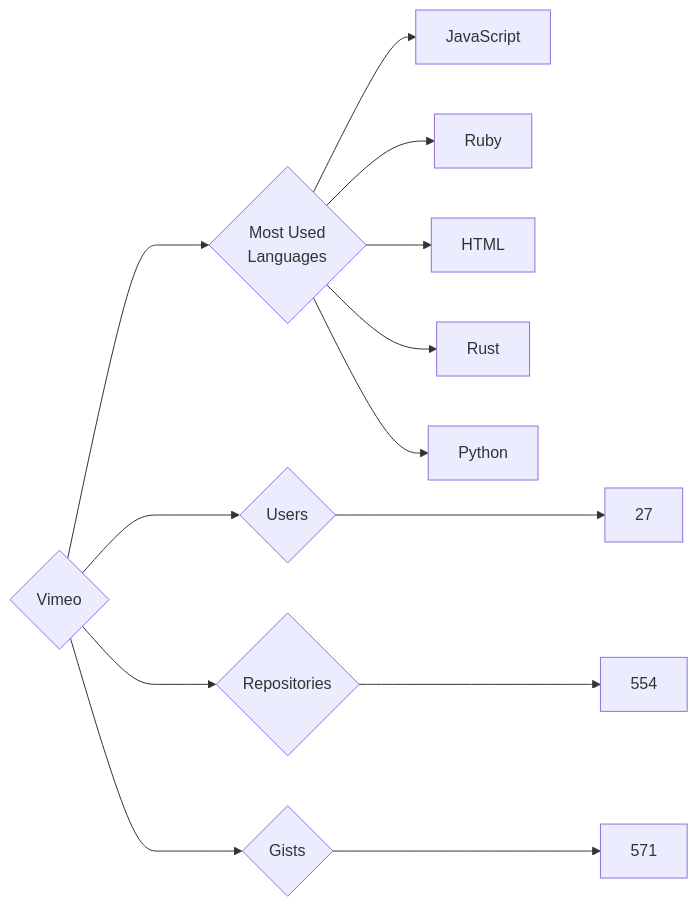
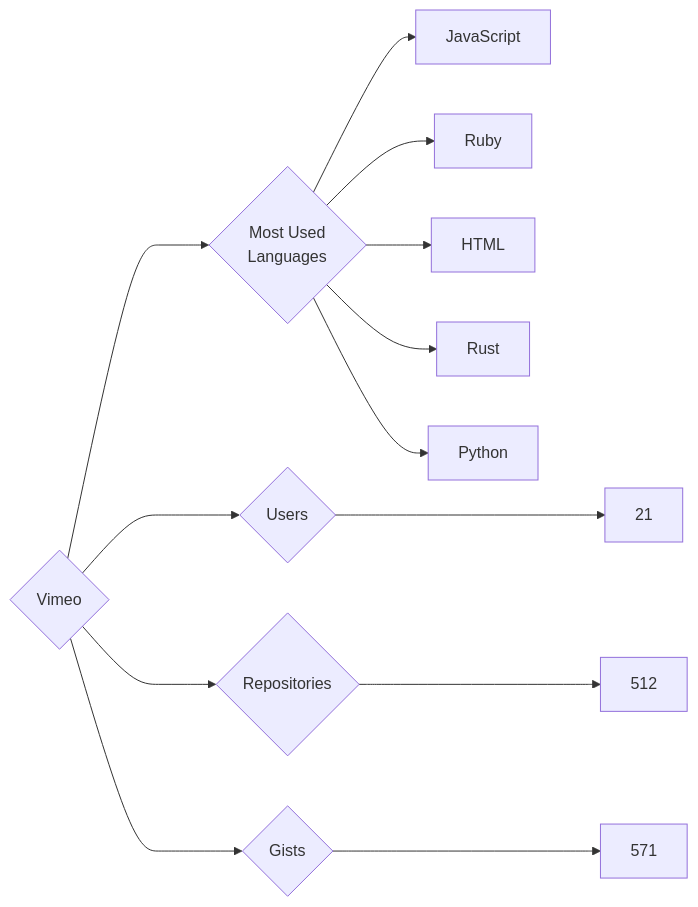
The diagram in targets/Vimeo/README.md (trickest/insiders), drawn with Mermaid before and after one commit. The commit also changed 725 other files, not shown here.

````diff
--- a/targets/Vimeo/README.md
+++ b/targets/Vimeo/README.md
@@ -3,13 +3,13 @@
 ```mermaid
 graph LR
 COMPANY_NAME{Vimeo}
-COMPANY_NAME ---> U{Users} ---> UN[27]
-COMPANY_NAME ---> R{Repositories} ---> RN[554]
+COMPANY_NAME ---> U{Users} ---> UN[21]
+COMPANY_NAME ---> R{Repositories} ---> RN[512]
 COMPANY_NAME ---> G{Gists} ---> GN[571]
 COMPANY_NAME ---> ML{Most Used<br>Languages}
 ML --> JavaScript[JavaScript]
 ML --> Ruby[Ruby]
 ML --> HTML[HTML]
 ML --> Rust[Rust]
 ML --> Python[Python]
 ```
````
